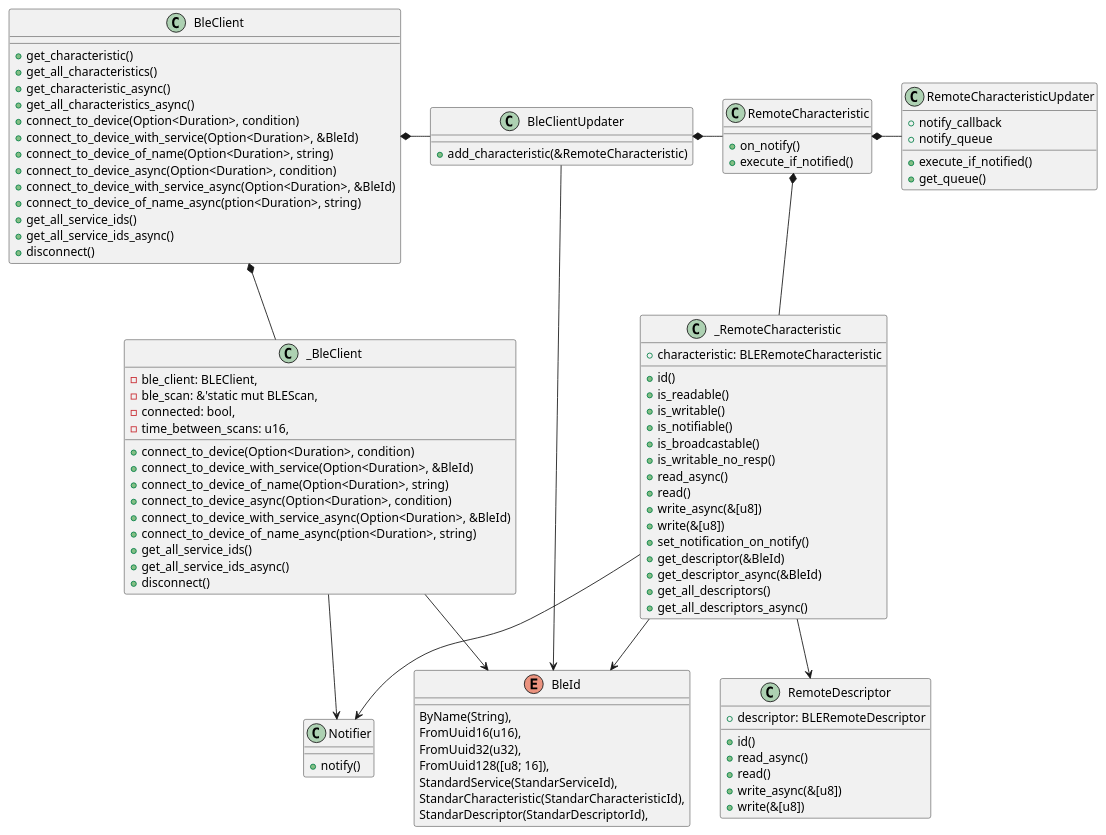
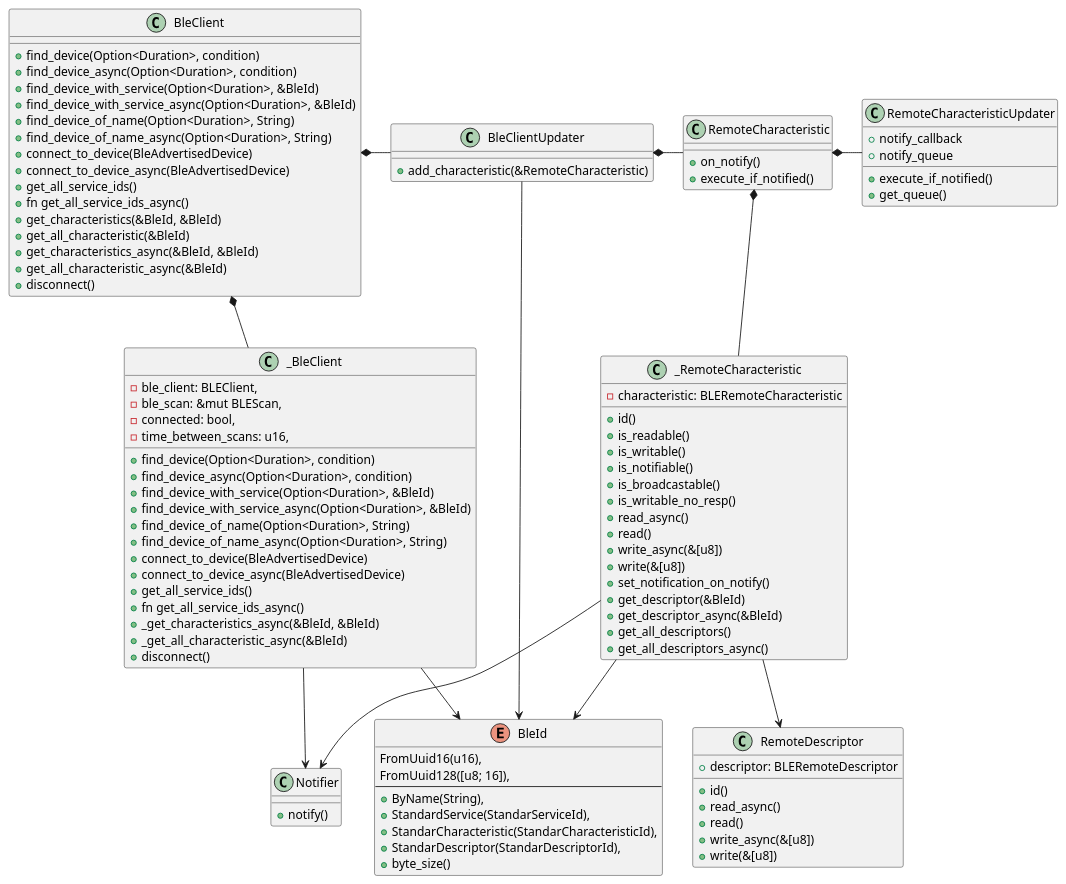
Before and after one commit to esp32framework/esp32framework: the diagram in diagrams/ble-client.puml, drawn with PlantUML. The commit also changed 1 other file, not shown here.

Commit message:
Ble client diagram update

```diff
--- a/diagrams/ble-client.puml
+++ b/diagrams/ble-client.puml
@@ -1,104 +1,113 @@
 @startuml Ble client
 
 class BleClient {
-    + get_characteristic()
-    + get_all_characteristics()
-    + get_characteristic_async()
-    + get_all_characteristics_async()
-    + connect_to_device(Option<Duration>, condition)
-    + connect_to_device_with_service(Option<Duration>, &BleId)
-    + connect_to_device_of_name(Option<Duration>, string)
-    + connect_to_device_async(Option<Duration>, condition)
-    + connect_to_device_with_service_async(Option<Duration>, &BleId)
-    + connect_to_device_of_name_async(ption<Duration>, string)
+    + find_device(Option<Duration>, condition)
+    + find_device_async(Option<Duration>, condition)
+    + find_device_with_service(Option<Duration>, &BleId)
+    + find_device_with_service_async(Option<Duration>, &BleId)
+    + find_device_of_name(Option<Duration>, String)
+    + find_device_of_name_async(Option<Duration>, String)
+    + connect_to_device(BleAdvertisedDevice)
+    + connect_to_device_async(BleAdvertisedDevice)
     + get_all_service_ids()
-    + get_all_service_ids_async()
+    + fn get_all_service_ids_async()
+    + get_characteristics(&BleId, &BleId)
+    + get_all_characteristic(&BleId)
+    + get_characteristics_async(&BleId, &BleId)
+    + get_all_characteristic_async(&BleId)
     + disconnect()
 }
 
 class _BleClient{
     - ble_client: BLEClient,
-    - ble_scan: &'static mut BLEScan,
+    - ble_scan: &mut BLEScan,
     - connected: bool,
     - time_between_scans: u16,
-    + connect_to_device(Option<Duration>, condition)
-    + connect_to_device_with_service(Option<Duration>, &BleId)
-    + connect_to_device_of_name(Option<Duration>, string)
-    + connect_to_device_async(Option<Duration>, condition)
-    + connect_to_device_with_service_async(Option<Duration>, &BleId)
-    + connect_to_device_of_name_async(ption<Duration>, string)
+    + find_device(Option<Duration>, condition)
+    + find_device_async(Option<Duration>, condition)
+    + find_device_with_service(Option<Duration>, &BleId)
+    + find_device_with_service_async(Option<Duration>, &BleId)
+    + find_device_of_name(Option<Duration>, String)
+    + find_device_of_name_async(Option<Duration>, String)
+    + connect_to_device(BleAdvertisedDevice)
+    + connect_to_device_async(BleAdvertisedDevice)
     + get_all_service_ids()
-    + get_all_service_ids_async()
+    + fn get_all_service_ids_async()
+    + _get_characteristics_async(&BleId, &BleId)
+    + _get_all_characteristic_async(&BleId)
     + disconnect()
 }
 
 class BleClientUpdater{
     + add_characteristic(&RemoteCharacteristic)
     
 }
 
+
 class RemoteCharacteristic{
     + on_notify()
     + execute_if_notified()
 }
 
 class _RemoteCharacteristic{
-    + characteristic: BLERemoteCharacteristic
+    - characteristic: BLERemoteCharacteristic
     + id()
     + is_readable()
     + is_writable()
     + is_notifiable()
     + is_broadcastable()
     + is_writable_no_resp()
     + read_async()
     + read()
     + write_async(&[u8])
     + write(&[u8])
     + set_notification_on_notify()
     + get_descriptor(&BleId)
     + get_descriptor_async(&BleId)
     + get_all_descriptors()
     + get_all_descriptors_async()
 }
 
 class Notifier{
     + notify()
 }
+
 class RemoteCharacteristicUpdater{
     + notify_callback
     + notify_queue
     + execute_if_notified()
     + get_queue()
 }
 
 class RemoteDescriptor{
     + descriptor: BLERemoteDescriptor
     + id()
     + read_async()
     + read()
     + write_async(&[u8])
     + write(&[u8])
 }
 
 enum BleId {
-    ByName(String),
     FromUuid16(u16),
-    FromUuid32(u32),
     FromUuid128([u8; 16]),
-    StandardService(StandarServiceId),
-    StandarCharacteristic(StandarCharacteristicId),
-    StandarDescriptor(StandarDescriptorId),
+    --
+    + ByName(String),
+    + StandardService(StandarServiceId),
+    + StandarCharacteristic(StandarCharacteristicId),
+    + StandarDescriptor(StandarDescriptorId),
+    + byte_size()
 }
 
 BleClient *-- _BleClient 
 BleClient *- BleClientUpdater
 BleClientUpdater *- RemoteCharacteristic
 BleClientUpdater -> BleId 
 RemoteCharacteristic *- RemoteCharacteristicUpdater
 RemoteCharacteristic *-- _RemoteCharacteristic
 _RemoteCharacteristic -down-> Notifier
 _RemoteCharacteristic -down-> RemoteDescriptor
 _RemoteCharacteristic --> BleId
 _BleClient --> Notifier
 _BleClient --> BleId
 @enduml
```
